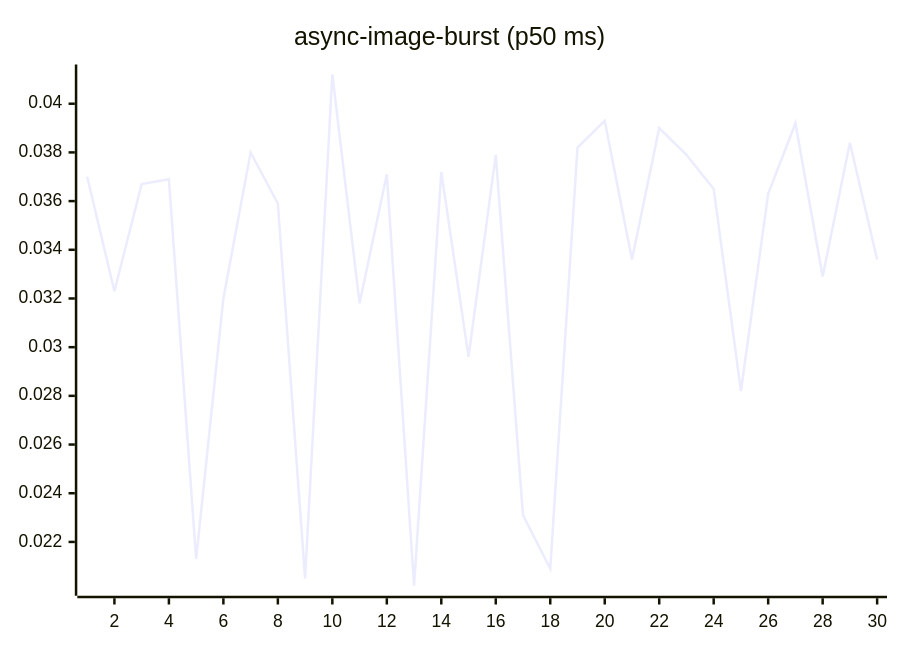
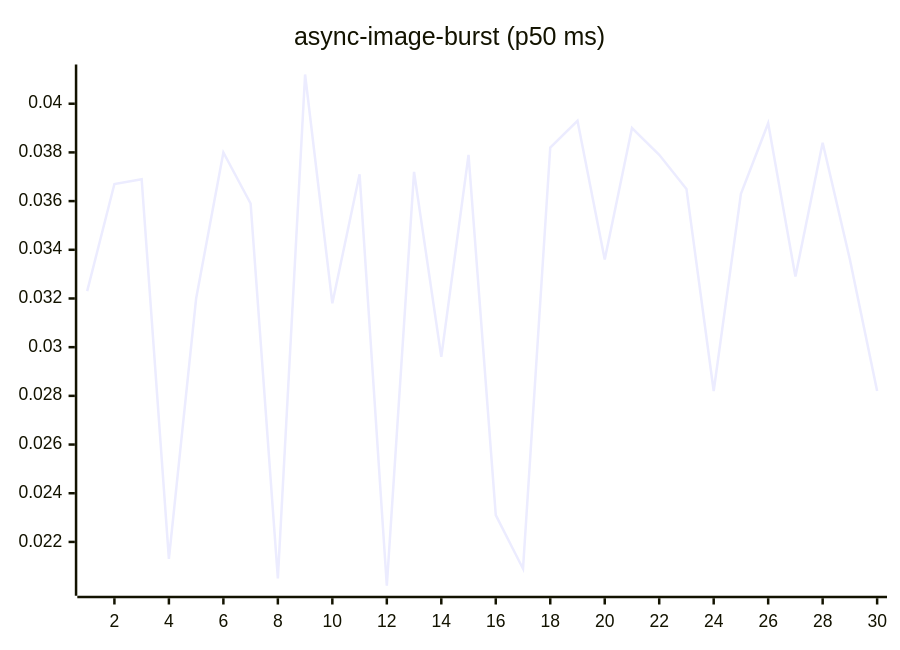
The fourth of 27 diagrams in README.md (josha/Facet), drawn with Mermaid before and after one commit. The commit also changed other lines of this file and 2 other files, not shown here.

````diff
--- a/README.md
+++ b/README.md
@@ -84,6 +84,6 @@
 ```mermaid
 xychart-beta
     title "async-image-burst (p50 ms)"
     x-axis 1 --> 30
-    line [0.0370, 0.0323, 0.0367, 0.0369, 0.0213, 0.0320, 0.0380, 0.0359, 0.0205, 0.0412, 0.0318, 0.0371, 0.0202, 0.0372, 0.0296, 0.0379, 0.0231, 0.0209, 0.0382, 0.0393, 0.0336, 0.0390, 0.0379, 0.0365, 0.0282, 0.0363, 0.0392, 0.0329, 0.0384, 0.0336]
+    line [0.0323, 0.0367, 0.0369, 0.0213, 0.0320, 0.0380, 0.0359, 0.0205, 0.0412, 0.0318, 0.0371, 0.0202, 0.0372, 0.0296, 0.0379, 0.0231, 0.0209, 0.0382, 0.0393, 0.0336, 0.0390, 0.0379, 0.0365, 0.0282, 0.0363, 0.0392, 0.0329, 0.0384, 0.0336, 0.0282]
 ```
````
